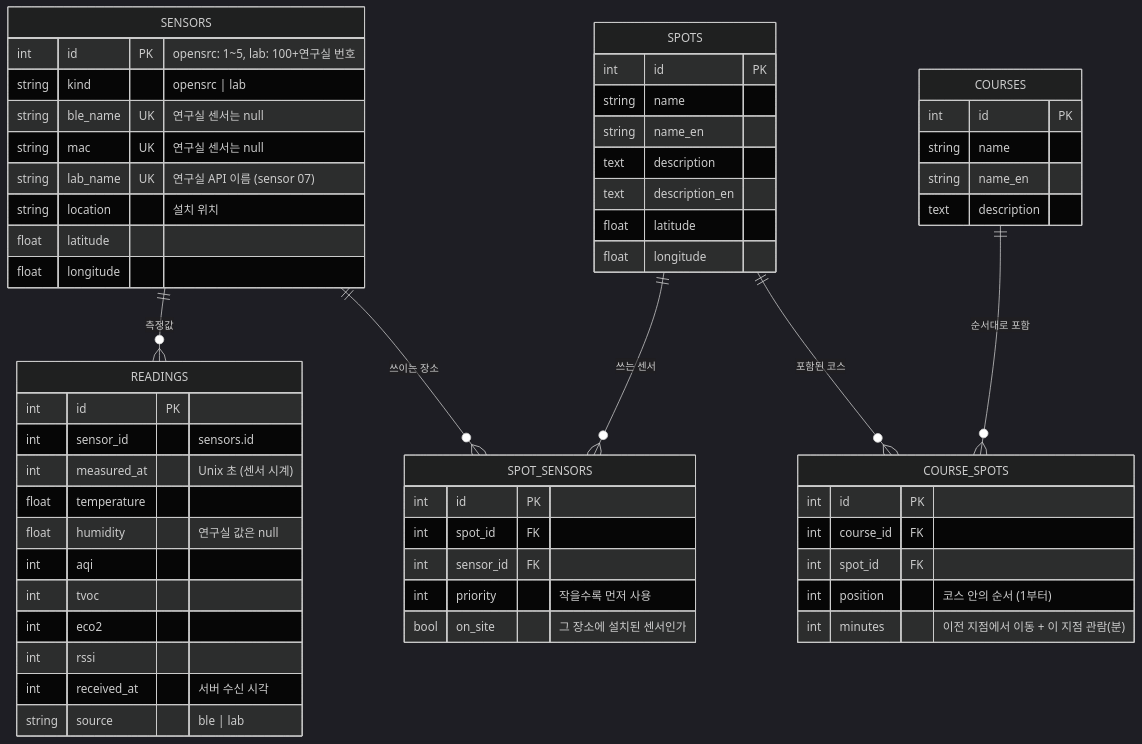
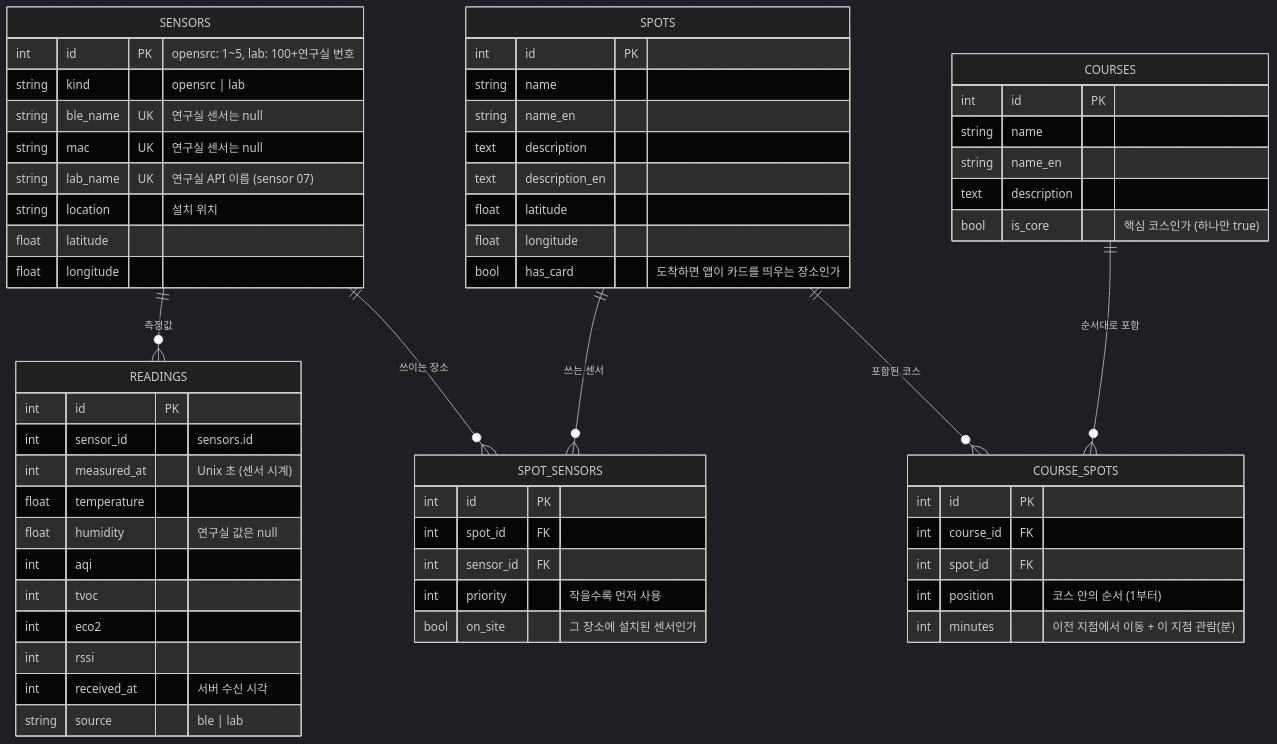
One commit to C-sewon/CampusTourGuide changed the second of 3 diagrams in docs/backend-design.md. Above: the diagram before and after it, drawn with Mermaid (dark theme). The commit also changed 1 other file, not shown here.

Commit message:
Docs: 설계 문서 ERD에 is_core, has_card를 추가하고 ERD와 DB 표의 일치를 확인하는 테스트 추가
PR #39에서 courses.is_core, spots.has_card 를 추가하고 ERD 그림을 고치지 않아 설계 문서와 코드가 어긋나 있었음. ERD 에 두 칸을 추가하고, ERD 의 표와 칸 이름이 실제 DB 표(SQLAlchemy 모델)와 같은지 확인하는 테스트를 추가해 앞으로 표나 칸을 바꾸고 ERD 를 안 고치면 실패하게 함.

````diff
--- a/docs/backend-design.md
+++ b/docs/backend-design.md
@@ -57,61 +57,63 @@
 ```mermaid
 erDiagram
     SENSORS ||--o{ READINGS : "측정값"
     SENSORS ||--o{ SPOT_SENSORS : "쓰이는 장소"
     SPOTS ||--o{ SPOT_SENSORS : "쓰는 센서"
     SPOTS ||--o{ COURSE_SPOTS : "포함된 코스"
     COURSES ||--o{ COURSE_SPOTS : "순서대로 포함"
 
     SENSORS {
         int id PK "opensrc: 1~5, lab: 100+연구실 번호"
         string kind "opensrc | lab"
         string ble_name UK "연구실 센서는 null"
         string mac UK "연구실 센서는 null"
         string lab_name UK "연구실 API 이름 (sensor 07)"
         string location "설치 위치"
         float latitude
         float longitude
     }
     READINGS {
         int id PK
         int sensor_id "sensors.id"
         int measured_at "Unix 초 (센서 시계)"
         float temperature
         float humidity "연구실 값은 null"
         int aqi
         int tvoc
         int eco2
         int rssi
         int received_at "서버 수신 시각"
         string source "ble | lab"
     }
     SPOTS {
         int id PK
         string name
         string name_en
         text description
         text description_en
         float latitude
         float longitude
+        bool has_card "도착하면 앱이 카드를 띄우는 장소인가"
     }
     SPOT_SENSORS {
         int id PK
         int spot_id FK
         int sensor_id FK
         int priority "작을수록 먼저 사용"
         bool on_site "그 장소에 설치된 센서인가"
     }
     COURSES {
         int id PK
         string name
         string name_en
         text description
+        bool is_core "핵심 코스인가 (하나만 true)"
     }
     COURSE_SPOTS {
         int id PK
         int course_id FK
         int spot_id FK
         int position "코스 안의 순서 (1부터)"
         int minutes "이전 지점에서 이동 + 이 지점 관람(분)"
     }
 ```
````
